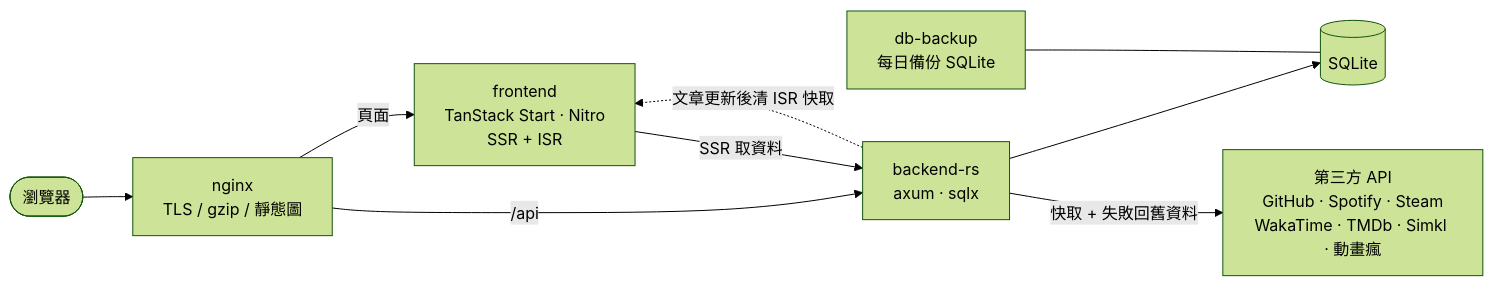
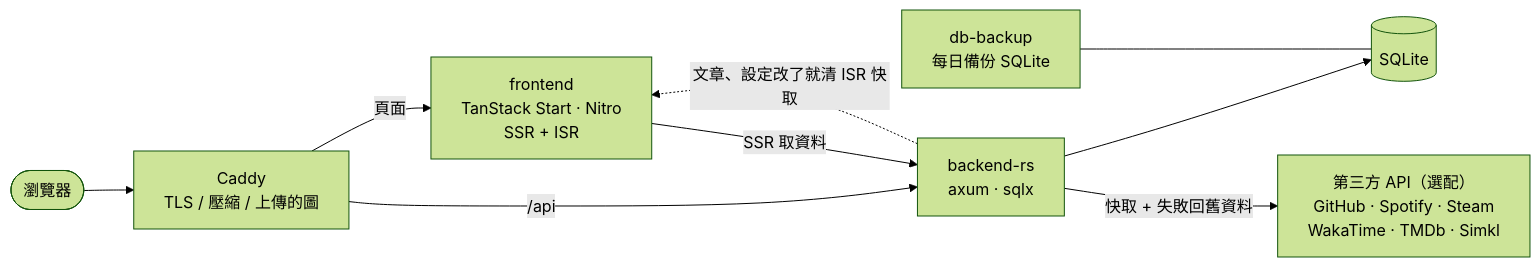
The diagram in README.md (Koimsurai/sora-to-ki), drawn with Mermaid (forest theme) before and after one commit. The commit also changed other lines of this file and 9 other files, not shown here.

````diff
--- a/README.md
+++ b/README.md
@@ -155,11 +179,11 @@
 ```mermaid
 flowchart LR
-  user([瀏覽器]) --> nginx[nginx<br/>TLS / gzip / 靜態圖]
-  nginx -->|頁面| fe[frontend<br/>TanStack Start · Nitro<br/>SSR + ISR]
-  nginx -->|/api| be[backend-rs<br/>axum · sqlx]
+  user([瀏覽器]) --> proxy[Caddy<br/>TLS / 壓縮 / 上傳的圖]
+  proxy -->|頁面| fe[frontend<br/>TanStack Start · Nitro<br/>SSR + ISR]
+  proxy -->|/api| be[backend-rs<br/>axum · sqlx]
   fe -->|SSR 取資料| be
   be --> db[(SQLite)]
-  be -->|快取 + 失敗回舊資料| ext[第三方 API<br/>GitHub · Spotify · Steam<br/>WakaTime · TMDb · Simkl · 動畫瘋]
-  be -.文章更新後清 ISR 快取.-> fe
+  be -->|快取 + 失敗回舊資料| ext[第三方 API（選配）<br/>GitHub · Spotify · Steam<br/>WakaTime · TMDb · Simkl]
+  be -.文章、設定改了就清 ISR 快取.-> fe
   backup[db-backup<br/>每日備份 SQLite] --- db
 ```
````
